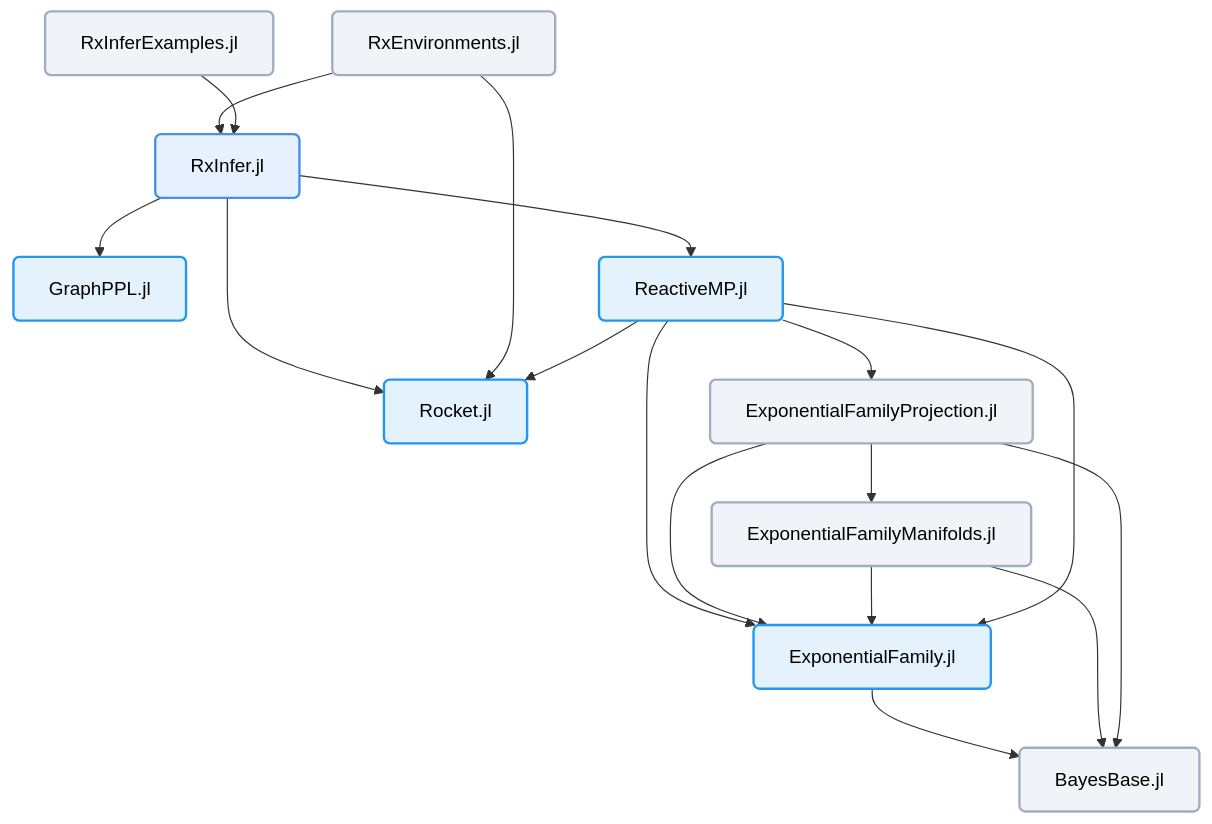
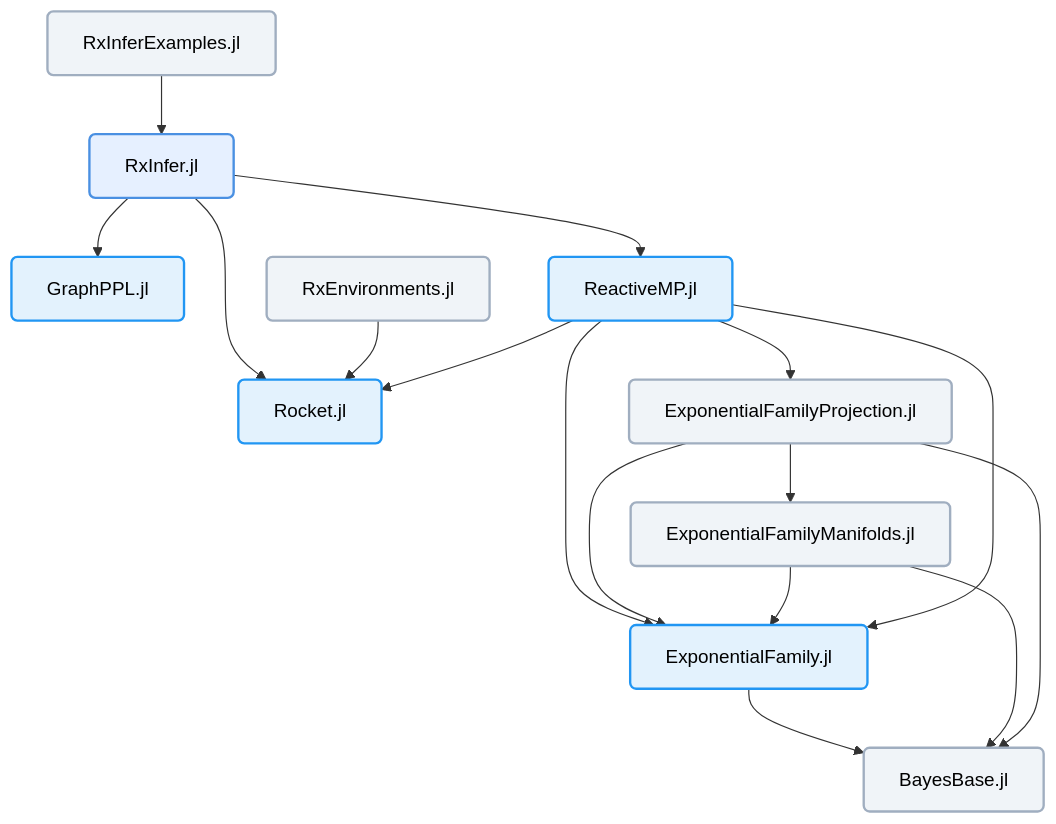
One commit to ReactiveBayes/.github changed the diagram in profile/README.md. Above: the diagram before and after it, drawn with Mermaid.

Commit message:
RxEnvironments does not depend on RxInfer

````diff
--- a/profile/README.md
+++ b/profile/README.md
@@ -7,47 +7,46 @@
 ```mermaid 
 graph TD
     %% Node definitions
     RxInfer["RxInfer.jl"]
     RxInferExamples["RxInferExamples.jl"]
     GraphPPL["GraphPPL.jl"]
     ReactiveMP["ReactiveMP.jl"]
     Rocket["Rocket.jl"]
     RxEnvironments["RxEnvironments.jl"]
     ExponentialFamily["ExponentialFamily.jl"]
     ExponentialFamilyProjection["ExponentialFamilyProjection.jl"]
     ExponentialFamilyManifolds["ExponentialFamilyManifolds.jl"]
     BayesBase["BayesBase.jl"]
 
     %% Connections
     RxInfer --> GraphPPL
     RxInfer --> ReactiveMP
     RxInfer --> Rocket
 
-    RxEnvironments --> RxInfer
     RxEnvironments --> Rocket
 
     RxInferExamples --> RxInfer
     
     ReactiveMP --> ExponentialFamily
     ReactiveMP --> ExponentialFamilyProjection
     ReactiveMP --> Rocket
     
     ExponentialFamilyProjection --> ExponentialFamilyManifolds
     ExponentialFamilyProjection --> ExponentialFamily
     ExponentialFamilyManifolds --> ExponentialFamily
     
     ReactiveMP --> ExponentialFamily
     
     ExponentialFamily --> BayesBase
     ExponentialFamilyManifolds --> BayesBase
     ExponentialFamilyProjection --> BayesBase
 
     %% Node styling
     classDef default fill:#f0f4f8,stroke:#a0aec0,stroke-width:2px,rx:5px,text-decoration:none,color:#000;
     classDef rxi fill:#e6f0ff,stroke:#4a90e2,stroke-width:2px,rx:5px,text-decoration:none,color:#000;
     classDef core fill:#e3f2fd,stroke:#2196f3,stroke-width:2px,rx:5px,text-decoration:none,color:#000;
     
     %% Apply core styling to main packages
     class ReactiveMP,GraphPPL,Rocket,ExponentialFamily core;
     class RxInfer rxi;
 ```
````
